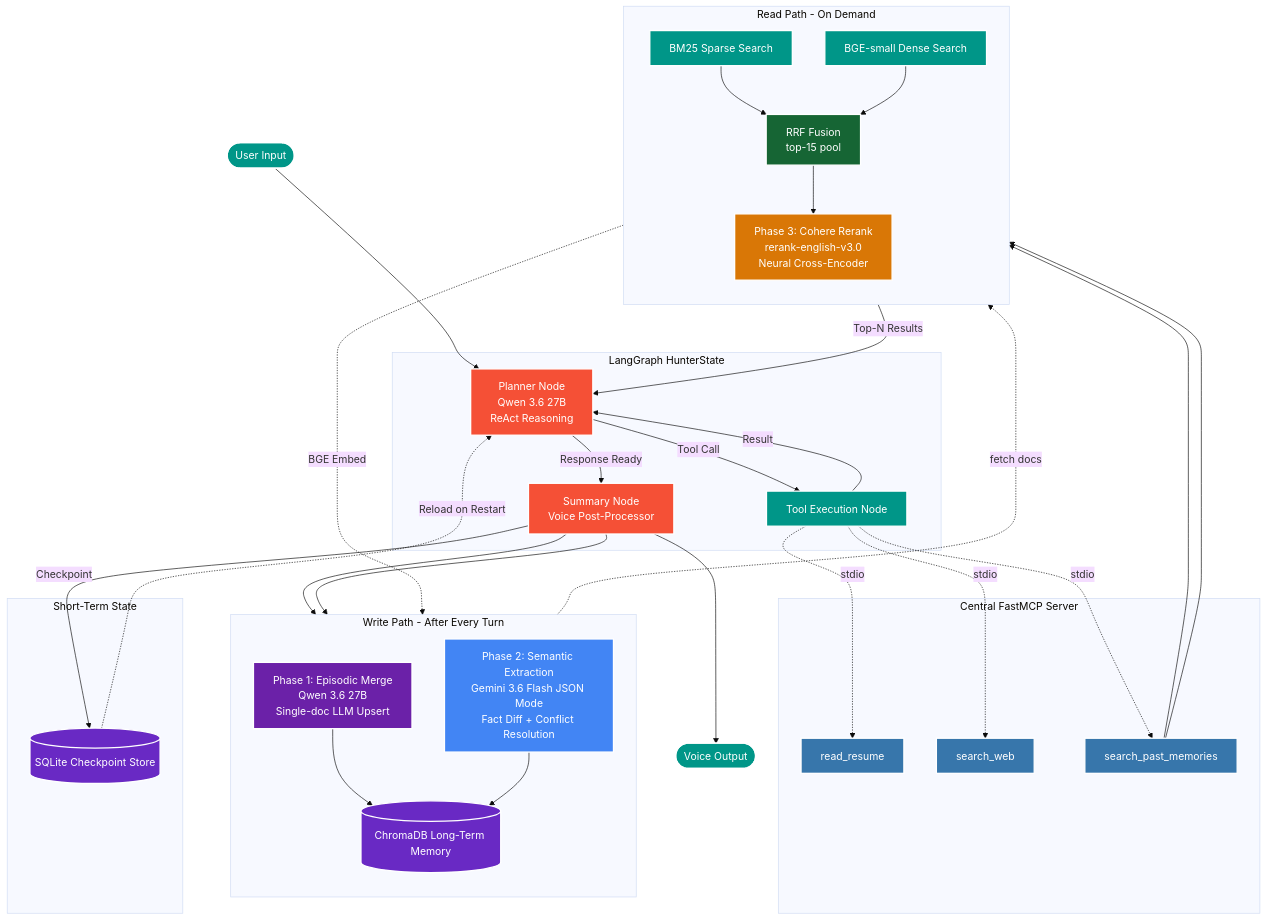
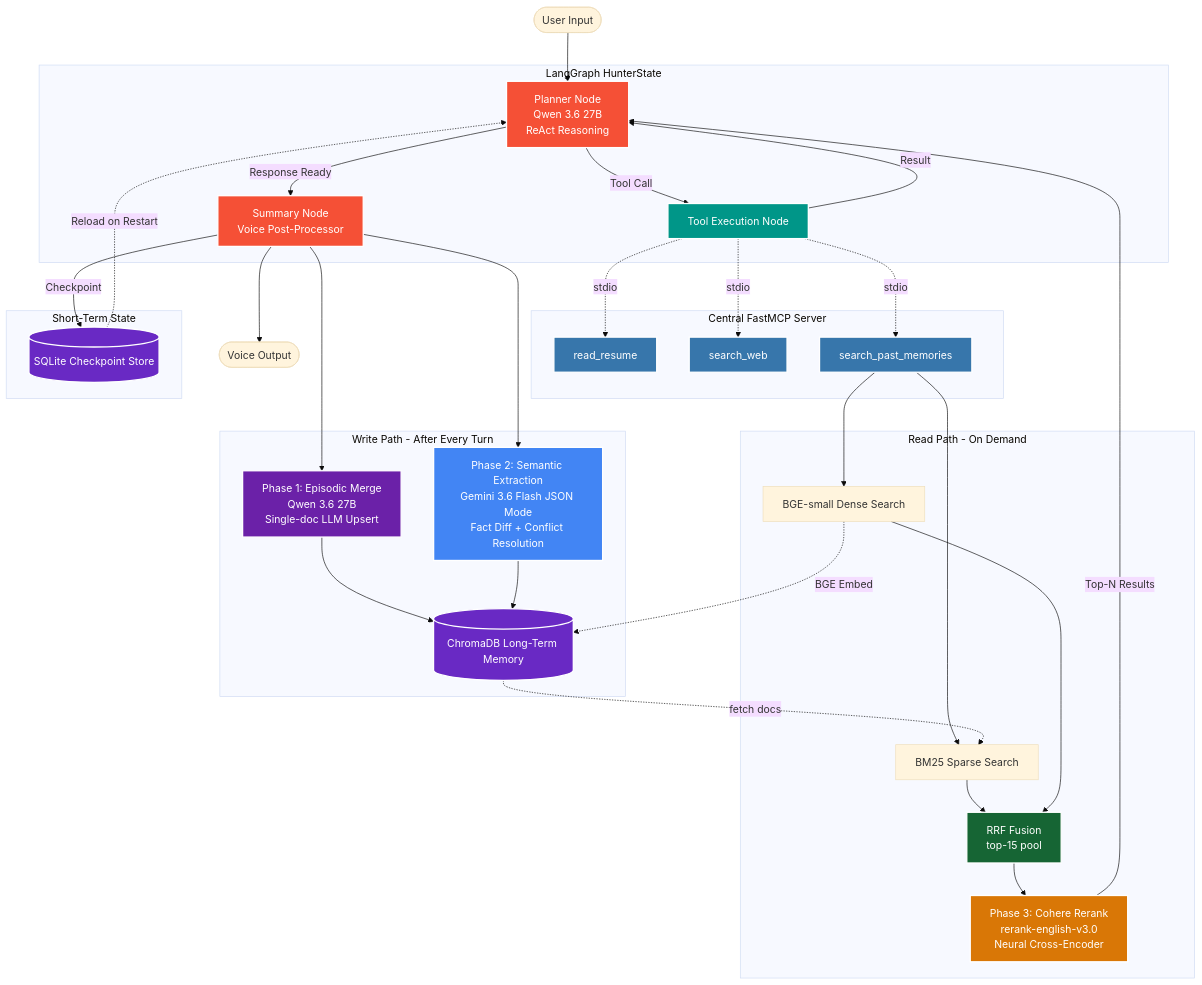
The diagram in README.md (wade-wilson-00/HUNTERS---Multi-agentic-AI-Job-application-system), drawn with Mermaid (base theme) before and after one commit. The commit also changed other lines of this file, not shown here.

Commit message:
Fix Mermaid: rename reserved classDef node to execnode, remove direction TB

````diff
--- a/README.md
+++ b/README.md
@@ -104,74 +104,72 @@
 ```mermaid
 graph TD
     User([User Input]) --> Planner
 
     subgraph HunterGraph [LangGraph HunterState]
         Planner["Planner Node<br/>Qwen 3.6 27B<br/>ReAct Reasoning"] -- Tool Call --> ToolNode
         ToolNode[Tool Execution Node] -- Result --> Planner
         Planner -- Response Ready --> Summary
         Summary["Summary Node<br/>Voice Post-Processor"]
     end
 
     subgraph MCPServer [Central FastMCP Server]
         read_resume[read_resume]
         search_web[search_web]
         search_past_memories[search_past_memories]
     end
 
     subgraph MemoryWrite [Write Path - After Every Turn]
-        direction TB
         EpisodicMerge["Phase 1: Episodic Merge<br/>Qwen 3.6 27B<br/>Single-doc LLM Upsert"]
         SemanticExtract["Phase 2: Semantic Extraction<br/>Gemini 3.6 Flash JSON Mode<br/>Fact Diff + Conflict Resolution"]
         ChromaDB[(ChromaDB Long-Term Memory)]
         EpisodicMerge --> ChromaDB
         SemanticExtract --> ChromaDB
     end
 
     subgraph MemoryRead [Read Path - On Demand]
-        direction TB
         BM25[BM25 Sparse Search]
         Dense[BGE-small Dense Search]
         RRF["RRF Fusion<br/>top-15 pool"]
         CohereNode["Phase 3: Cohere Rerank<br/>rerank-english-v3.0<br/>Neural Cross-Encoder"]
         BM25 --> RRF
         Dense --> RRF
         RRF --> CohereNode
     end
 
     subgraph ShortTerm [Short-Term State]
         SQLite[(SQLite Checkpoint Store)]
     end
 
     ToolNode -. stdio .-> read_resume
     ToolNode -. stdio .-> search_web
     ToolNode -. stdio .-> search_past_memories
 
     Summary --> EpisodicMerge
     Summary --> SemanticExtract
     Summary -- Checkpoint --> SQLite
     search_past_memories --> BM25
     search_past_memories --> Dense
     Dense -. BGE Embed .-> ChromaDB
     ChromaDB -. fetch docs .-> BM25
     CohereNode -- Top-N Results --> Planner
     SQLite -. Reload on Restart .-> Planner
     Summary --> Out([Voice Output])
 
     classDef llm fill:#f55036,stroke:#fff,stroke-width:2px,color:#fff
-    classDef node fill:#009688,stroke:#fff,stroke-width:2px,color:#fff
+    classDef execnode fill:#009688,stroke:#fff,stroke-width:2px,color:#fff
     classDef mcp fill:#3776AB,stroke:#fff,stroke-width:2px,color:#fff
     classDef mem fill:#6929C4,stroke:#fff,stroke-width:2px,color:#fff
     classDef qwen fill:#6B21A8,stroke:#fff,stroke-width:2px,color:#fff
     classDef gemini fill:#4285F4,stroke:#fff,stroke-width:2px,color:#fff
     classDef cohere fill:#D97706,stroke:#fff,stroke-width:2px,color:#fff
     classDef fusion fill:#166534,stroke:#fff,stroke-width:2px,color:#fff
 
     class Planner,Summary llm
-    class ToolNode node
+    class ToolNode execnode
     class read_resume,search_web,search_past_memories mcp
     class ChromaDB,SQLite mem
     class EpisodicMerge qwen
     class SemanticExtract gemini
     class CohereNode cohere
     class RRF fusion
 ```
````
